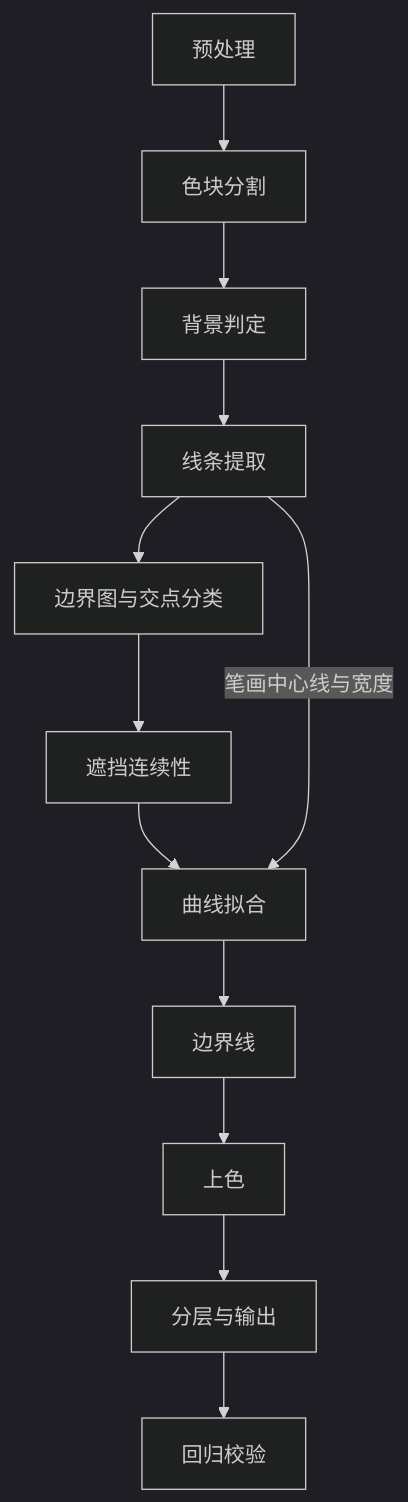
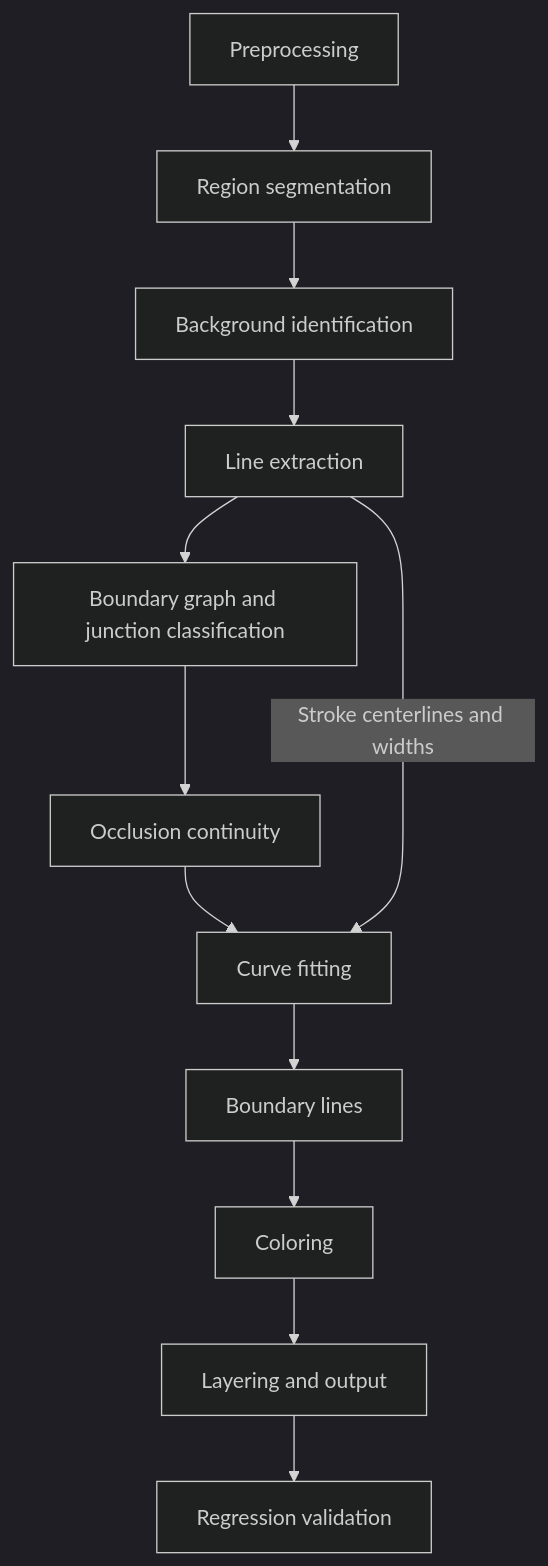
Before and after one commit to tanhHeng/grok-avatar2svg: the diagram in design.md, drawn with Mermaid (dark theme). The commit also changed other lines of this file and 3 other files, not shown here.

````diff
--- a/design.md
+++ b/design.md
@@ -42,14 +44,14 @@
 ```mermaid
 flowchart TD
-    A[预处理] --> B[色块分割]
-    B --> D[背景判定]
-    D --> C[线条提取]
-    C --> E[边界图与交点分类]
-    E --> O[遮挡连续性]
-    O --> F[曲线拟合]
-    F --> L[边界线]
-    L --> G[上色]
-    G --> H[分层与输出]
-    H --> I[回归校验]
-    C -- 笔画中心线与宽度 --> F
+    A[Preprocessing] --> B[Region segmentation]
+    B --> D[Background identification]
+    D --> C[Line extraction]
+    C --> E[Boundary graph and junction classification]
+    E --> O[Occlusion continuity]
+    O --> F[Curve fitting]
+    F --> L[Boundary lines]
+    L --> G[Coloring]
+    G --> H[Layering and output]
+    H --> I[Regression validation]
+    C -- Stroke centerlines and widths --> F
 ```
````
